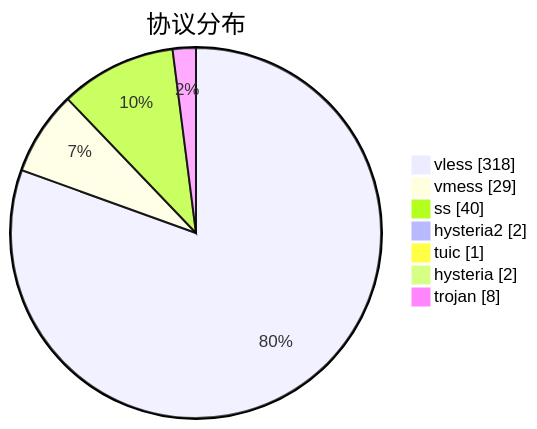
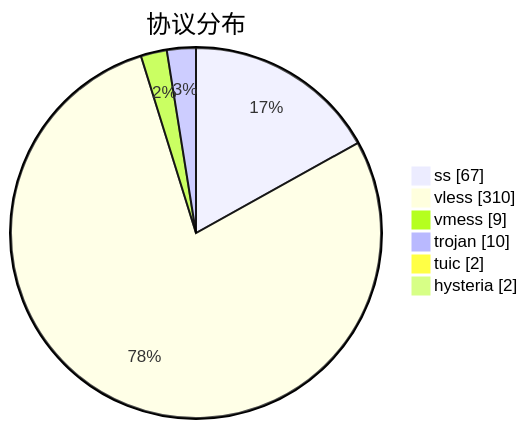
One commit to qjlxg/airport changed the third of 3 diagrams in subs/statistics/tested_within.md. Above: the diagram before and after it, drawn with Mermaid. The commit also changed other lines of this file and 2 other files, not shown here.

````diff
--- a/subs/statistics/tested_within.md
+++ b/subs/statistics/tested_within.md
@@ -37,11 +32,10 @@
 ```mermaid
 pie showData
 title 协议分布
-"vless" : 318
-"vmess" : 29
-"ss" : 40
-"hysteria2" : 2
-"tuic" : 1
+"ss" : 67
+"vless" : 310
+"vmess" : 9
+"trojan" : 10
+"tuic" : 2
 "hysteria" : 2
-"trojan" : 8
 ```
````
